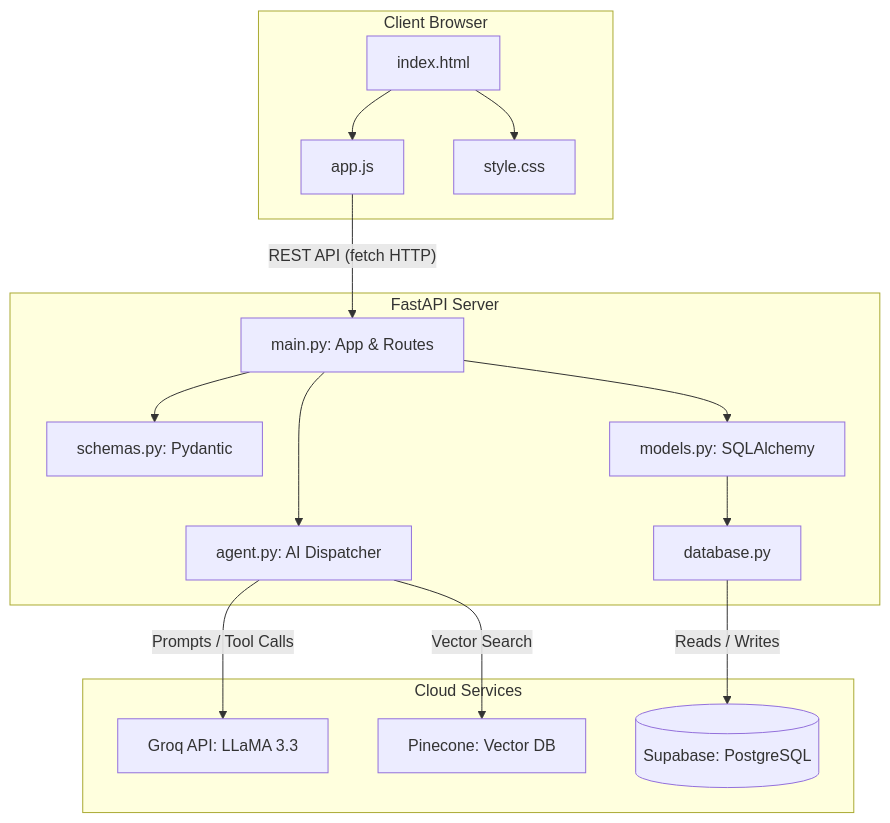
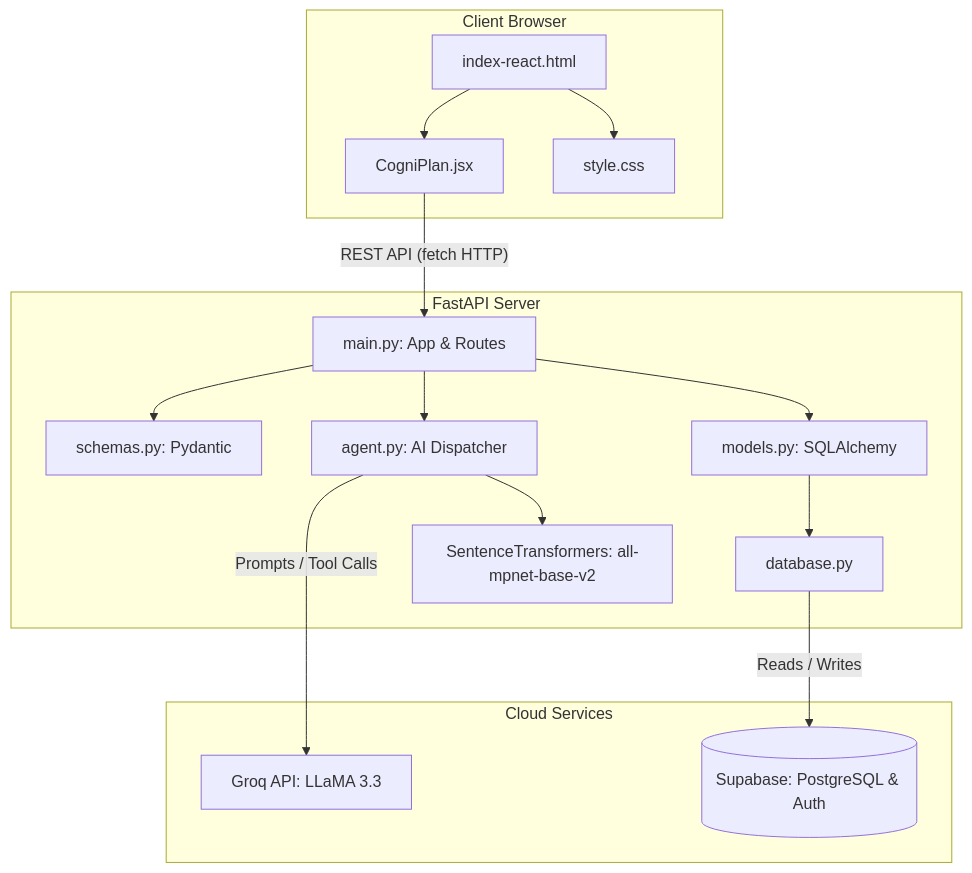
One commit to AbhijeetAndhalkar/CogniPlan changed the diagram in docsuments/ARCHITECTURE_WORKFLOW.md. Above: the diagram before and after it, drawn with Mermaid. The commit also changed other lines of this file and 5 other files, not shown here.

Commit message:
docs: update project workflow documentation and add architecture, setup, and installation guides.

````diff
--- a/docsuments/ARCHITECTURE_WORKFLOW.md
+++ b/docsuments/ARCHITECTURE_WORKFLOW.md
@@ -9,25 +9,24 @@
 ```mermaid
 flowchart TD
     subgraph Frontend [Client Browser]
-        HTML[index.html] --> JS[app.js]
+        HTML[index-react.html] --> React[CogniPlan.jsx]
         HTML --> CSS[style.css]
     end
 
     subgraph Backend [FastAPI Server]
         API[main.py: App & Routes] --> Val[schemas.py: Pydantic]
         API --> ORM[models.py: SQLAlchemy]
         ORM --> DB_Connection[database.py]
         API --> Agent[agent.py: AI Dispatcher]
+        Agent --> Embed[SentenceTransformers: all-mpnet-base-v2]
     end
 
     subgraph External [Cloud Services]
         Groq[Groq API: LLaMA 3.3]
-        Pinecone[Pinecone: Vector DB]
-        Supabase[(Supabase: PostgreSQL)]
+        Supabase[(Supabase: PostgreSQL & Auth)]
     end
 
-    JS -- "REST API (fetch HTTP)" --> API
+    React -- "REST API (fetch HTTP)" --> API
     DB_Connection -- "Reads / Writes" --> Supabase
     Agent -- "Prompts / Tool Calls" --> Groq
-    Agent -- "Vector Search" --> Pinecone
 ```
````
